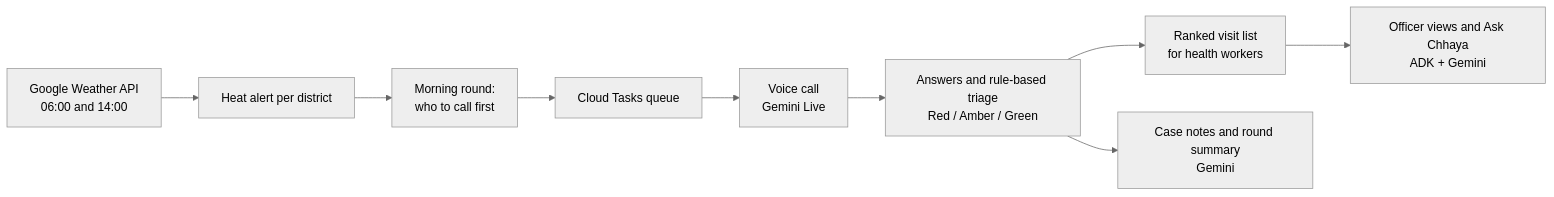
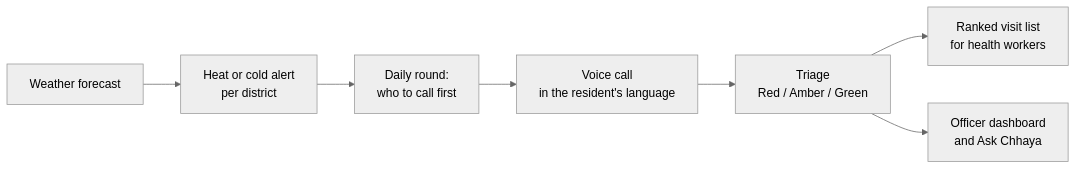
The diagram in README.md (Tib-ved/Chhaya), drawn with Mermaid (neutral theme) before and after one commit. The commit also changed other lines of this file, not shown here.

Commit message:
Modify the correct live url

````diff
--- a/README.md
+++ b/README.md
@@ -25,11 +34,9 @@
 ```mermaid
 flowchart LR
-  W[Google Weather API<br/>06:00 and 14:00] --> A[Heat alert per district]
-  A --> R[Morning round:<br/>who to call first]
-  R --> Q[Cloud Tasks queue]
-  Q --> C[Voice call<br/>Gemini Live]
-  C --> T[Answers and rule-based triage<br/>Red / Amber / Green]
+  W[Weather forecast] --> A[Heat or cold alert<br/>per district]
+  A --> R[Daily round:<br/>who to call first]
+  R --> C[Voice call<br/>in the resident's language]
+  C --> T[Triage<br/>Red / Amber / Green]
   T --> V[Ranked visit list<br/>for health workers]
-  T --> N[Case notes and round summary<br/>Gemini]
-  V --> O[Officer views and Ask Chhaya<br/>ADK + Gemini]
+  T --> O[Officer dashboard<br/>and Ask Chhaya]
 ```
````
